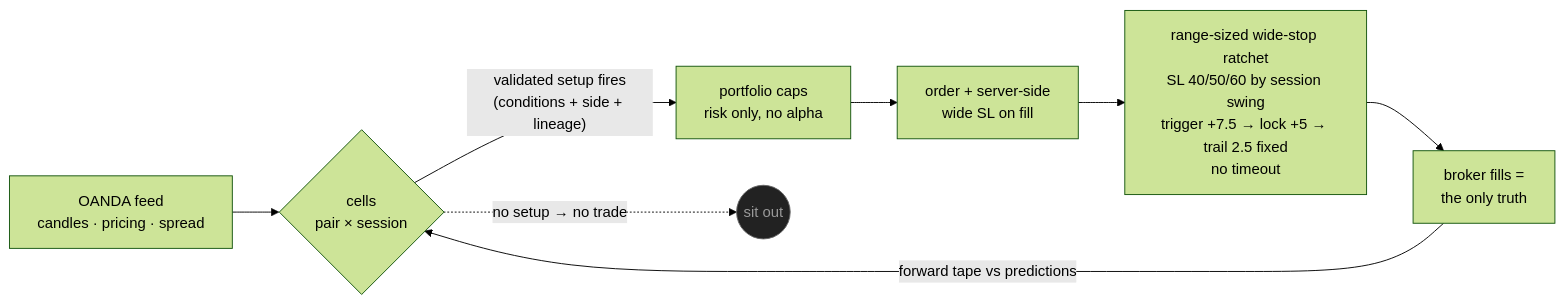
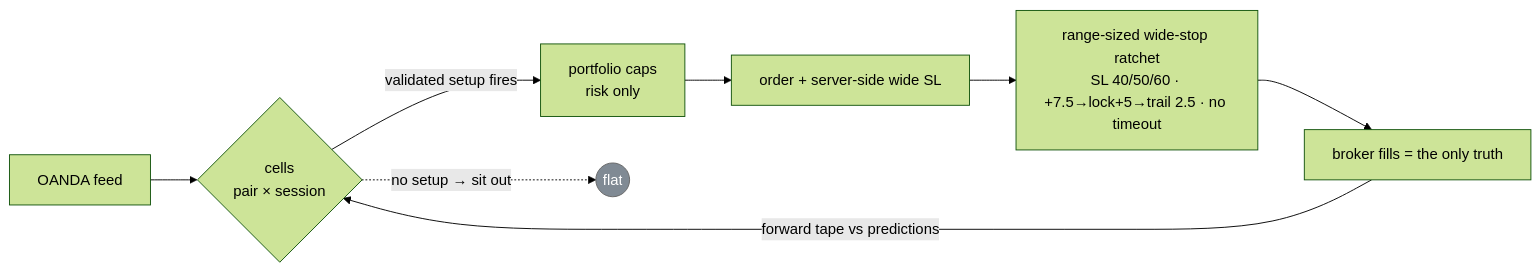
One commit to BrockStar3540/mr-scrooge-v6 changed the diagram in README.md. Above: the diagram before and after it, drawn with Mermaid (forest theme). The commit also changed other lines of this file and 1 other file, not shown here.

````diff
--- a/README.md
+++ b/README.md
@@ -36,11 +39,11 @@
 ```mermaid
 flowchart LR
-    A[OANDA feed<br/>candles · pricing · spread] --> B{cells<br/>pair × session}
-    B -- "validated setup fires<br/>(conditions + side + lineage)" --> C[portfolio caps<br/>risk only, no alpha]
-    B -. "no setup → no trade" .-> Z((sit out))
-    C --> D[order + server-side<br/>wide SL on fill]
-    D --> E[range-sized wide-stop ratchet<br/>SL 40/50/60 by session swing<br/>trigger +7.5 → lock +5 → trail 2.5 fixed<br/>no timeout]
-    E --> F[broker fills =<br/>the only truth]
+    A[OANDA feed] --> B{cells<br/>pair × session}
+    B -- "validated setup fires" --> C[portfolio caps<br/>risk only]
+    B -. "no setup → sit out" .-> Z((flat))
+    C --> D[order + server-side wide SL]
+    D --> E[range-sized wide-stop ratchet<br/>SL 40/50/60 · +7.5→lock+5→trail 2.5 · no timeout]
+    E --> F[broker fills = the only truth]
     F -- "forward tape vs predictions" --> B
-    style Z fill:#222,stroke:#666,color:#999
+    style Z fill:#808a94,stroke:#666,color:#fff
 ```
````
